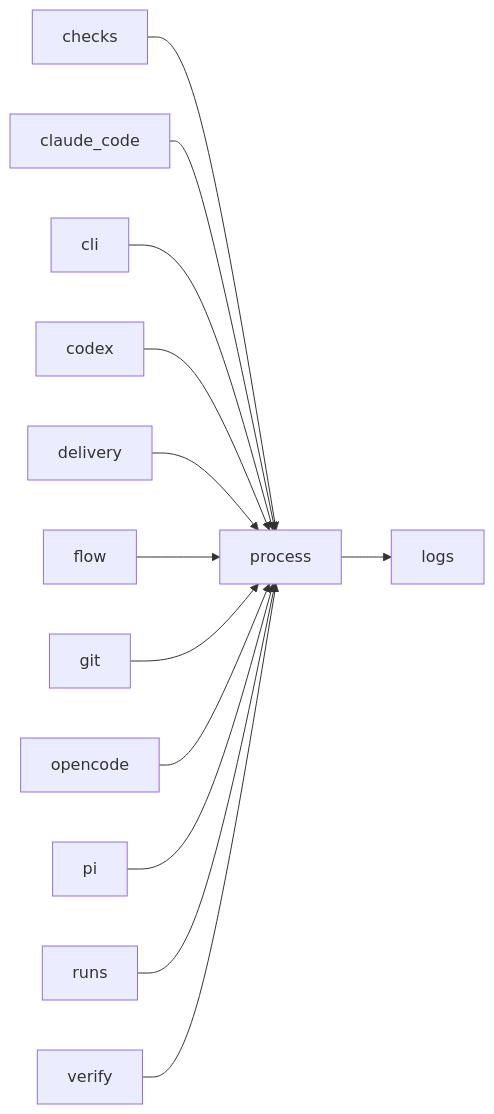
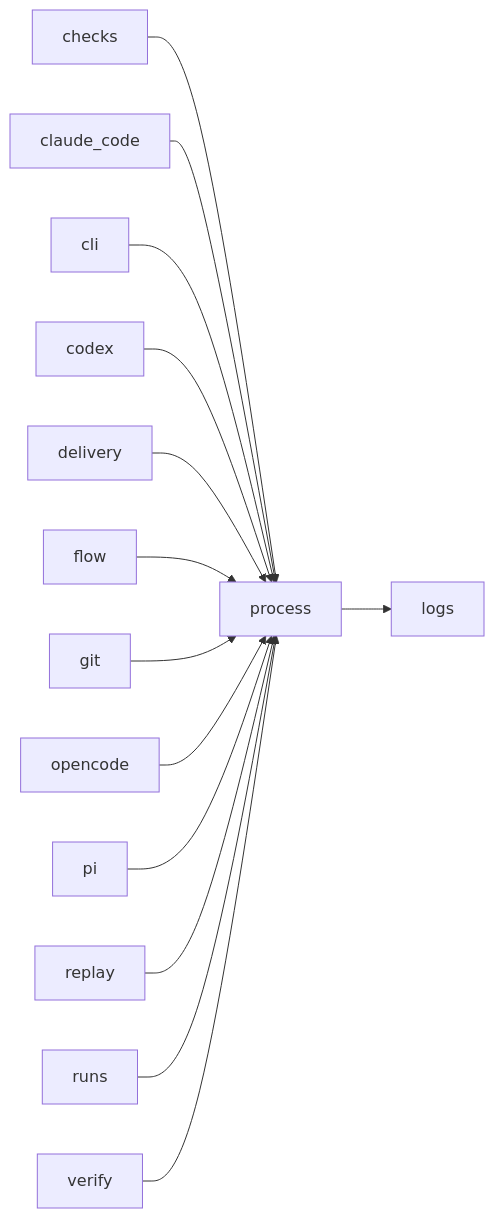
The third of 3 diagrams in docs/architecture/modules/process.md (plaplanche/ariane), drawn with Mermaid before and after one commit. The commit also changed other lines of this file and 26 other files, not shown here.

````diff
--- a/docs/architecture/modules/process.md
+++ b/docs/architecture/modules/process.md
@@ -94,15 +99,16 @@
 ```mermaid
 flowchart LR
   checks --> process
   claude_code --> process
   cli --> process
   codex --> process
   delivery --> process
   flow --> process
   git --> process
   opencode --> process
   pi --> process
   process --> logs
+  replay --> process
   runs --> process
   verify --> process
 ```
````
